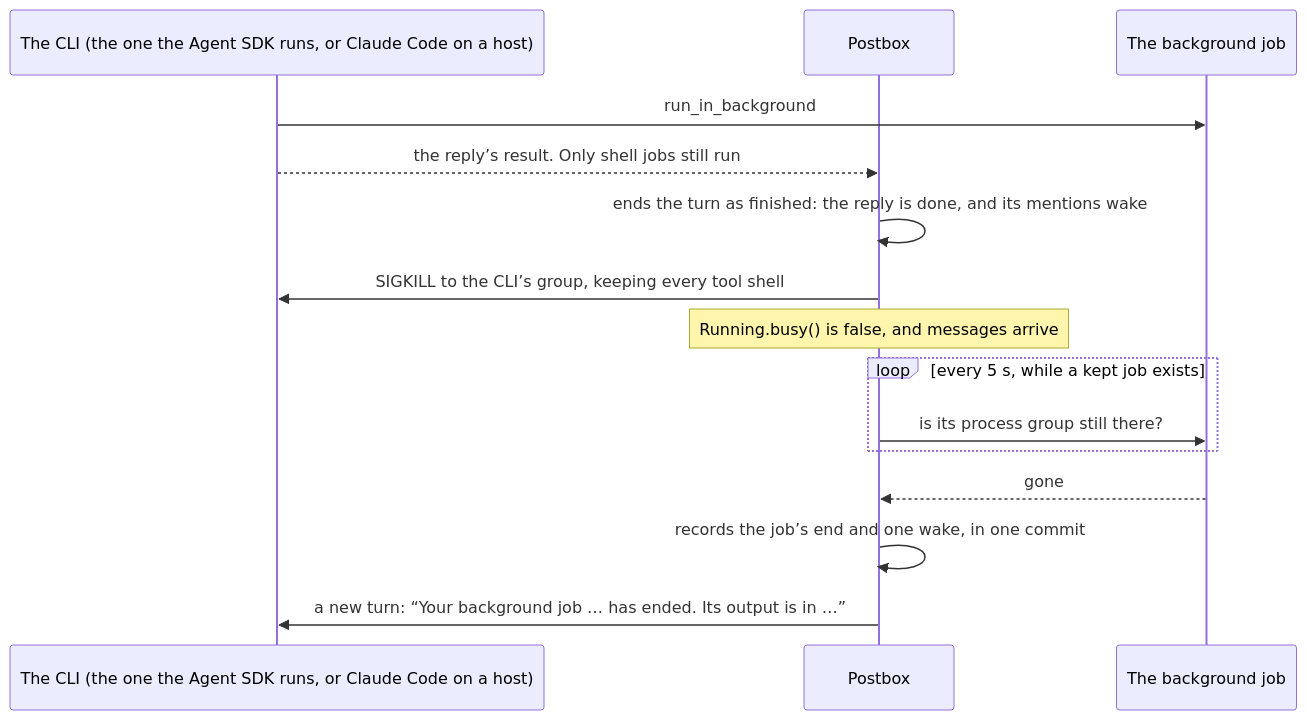
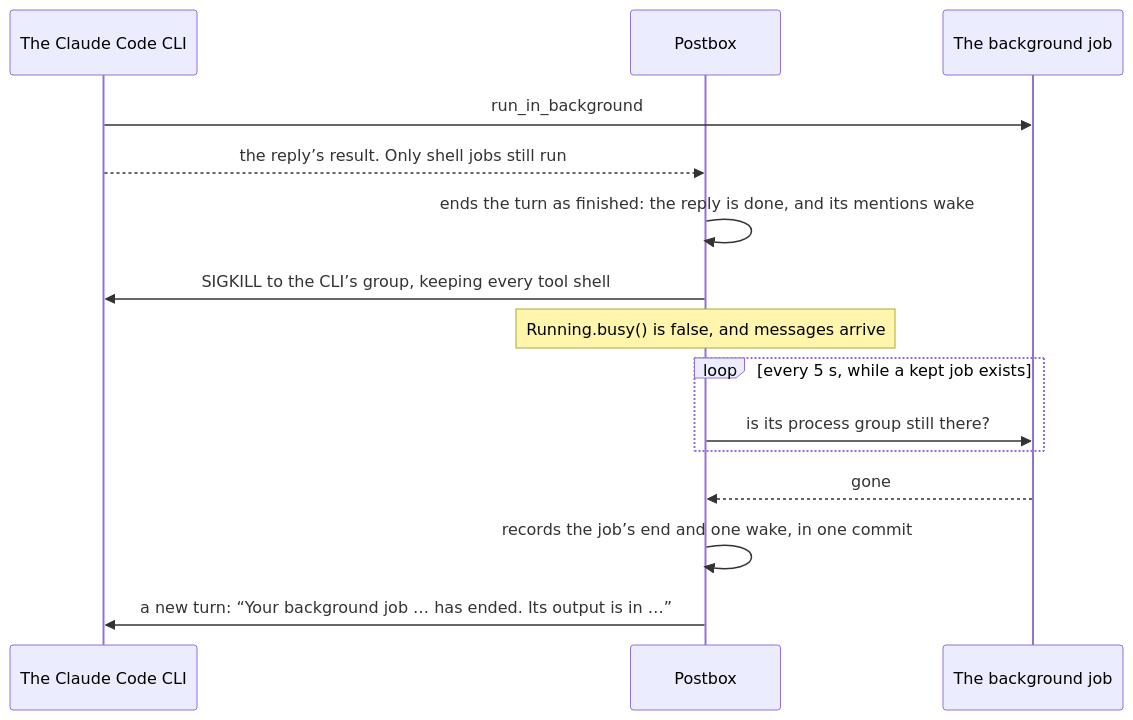
Before and after one commit to HJeon139/postbox: the second of 3 diagrams in designs/architecture/background-processes.md, drawn with Mermaid. The commit also changed other lines of this file, not shown here.

First line of the commit message:
docs(architecture): drop the Agent SDK step and name the live process's token gap

````diff
--- a/designs/architecture/background-processes.md
+++ b/designs/architecture/background-processes.md
@@ -100,17 +101,17 @@
 ```mermaid
 sequenceDiagram
-  participant H as The CLI (the one the Agent SDK runs, or Claude Code on a host)
+  participant H as The Claude Code CLI
   participant S as Postbox
   participant J as The background job
   H->>J: run_in_background
   H-->>S: the reply’s result. Only shell jobs still run
   S->>S: ends the turn as finished: the reply is done, and its mentions wake
   S->>H: SIGKILL to the CLI’s group, keeping every tool shell
   Note over S: Running.busy() is false, and messages arrive
   loop every 5 s, while a kept job exists
     S->>J: is its process group still there?
   end
   J-->>S: gone
   S->>S: records the job’s end and one wake, in one commit
   S->>H: a new turn: “Your background job … has ended. Its output is in …”
 ```
````
